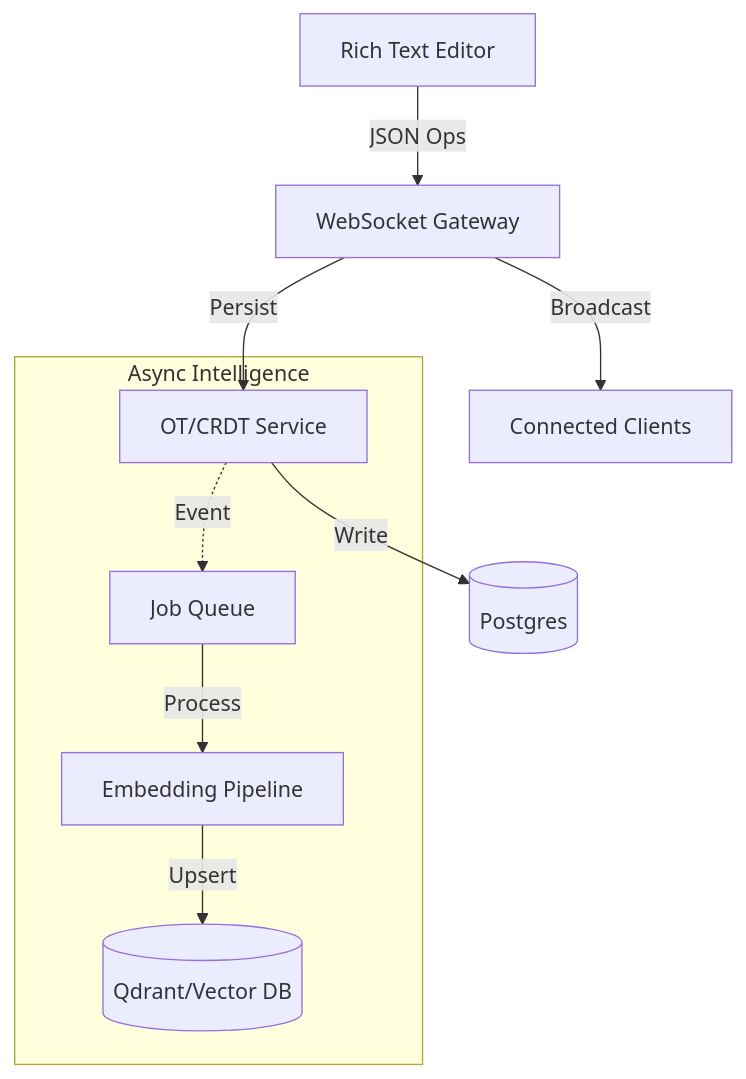
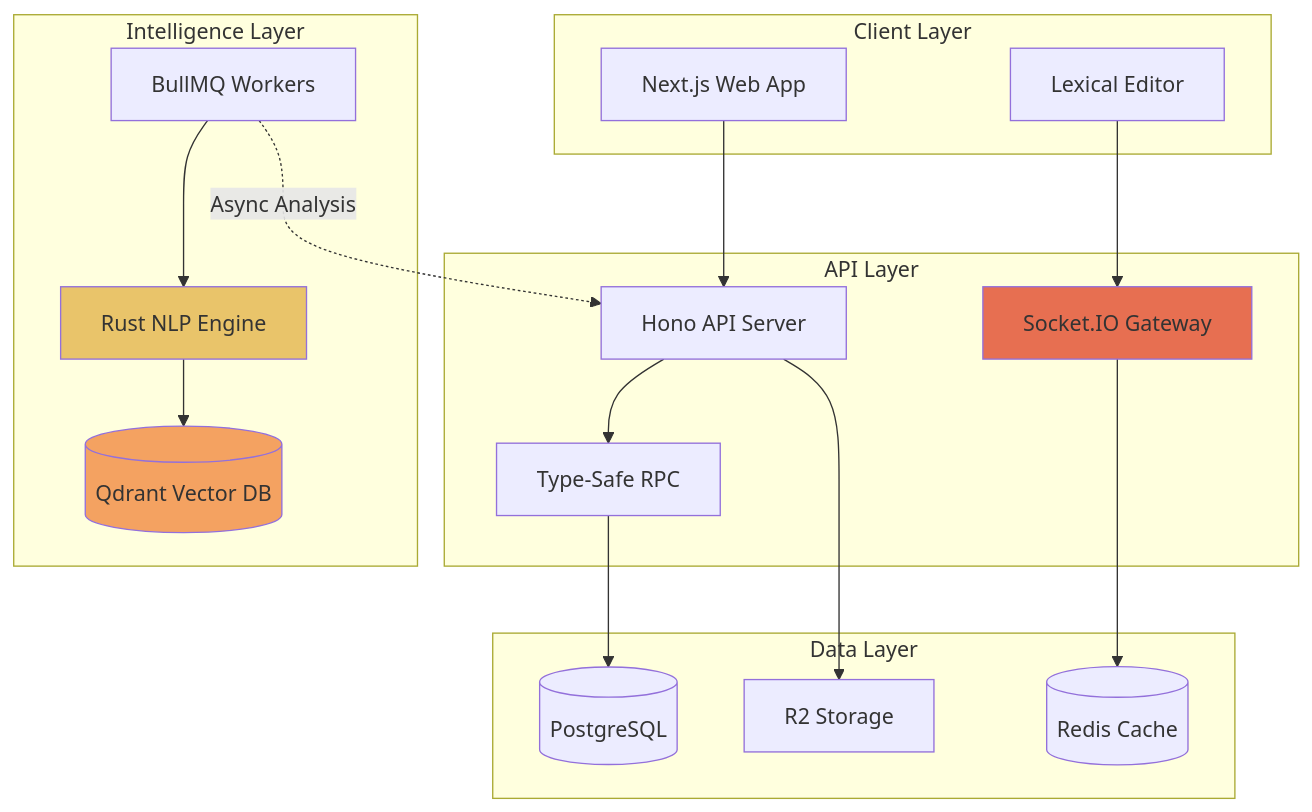
Before and after one commit to Shaharyar-developer/portfolio: the diagram in apps/web/app/projects/nova/page.mdx, drawn with Mermaid. The commit also changed other lines of this file, not shown here.

````diff
--- a/apps/web/app/projects/nova/page.mdx
+++ b/apps/web/app/projects/nova/page.mdx
@@ -56,13 +178,40 @@
 ```mermaid
-graph TD
-    Editor[Rich Text Editor] -->|JSON Ops| WS[WebSocket Gateway]
-    WS -->|Broadcast| Clients[Connected Clients]
-    WS -->|Persist| OT[OT/CRDT Service]
-    OT -->|Write| DB[(Postgres)]
+graph TB
+    subgraph "Client Layer"
+        Web[Next.js Web App]
+        Editor[Lexical Editor]
+    end
     
-    subgraph "Async Intelligence"
-        OT -.->|Event| Queue[Job Queue]
-        Queue -->|Process| Embed[Embedding Pipeline]
-        Embed -->|Upsert| Vector[(Qdrant/Vector DB)]
+    subgraph "API Layer"
+        API[Hono API Server]
+        WS[Socket.IO Gateway]
+        oRPC[Type-Safe RPC]
     end
+    
+    subgraph "Data Layer"
+        PG[(PostgreSQL)]
+        Redis[(Redis Cache)]
+        R2[R2 Storage]
+    end
+    
+    subgraph "Intelligence Layer"
+        NLP[Rust NLP Engine]
+        Vector[(Qdrant Vector DB)]
+        Queue[BullMQ Workers]
+    end
+    
+    Web --> API
+    Editor --> WS
+    API --> oRPC
+    oRPC --> PG
+    WS --> Redis
+    API --> R2
+    
+    Queue --> NLP
+    NLP --> Vector
+    Queue -.->|Async Analysis| API
+    
+    style NLP fill:#e9c46a
+    style Vector fill:#f4a261
+    style WS fill:#e76f51
 ```
````
